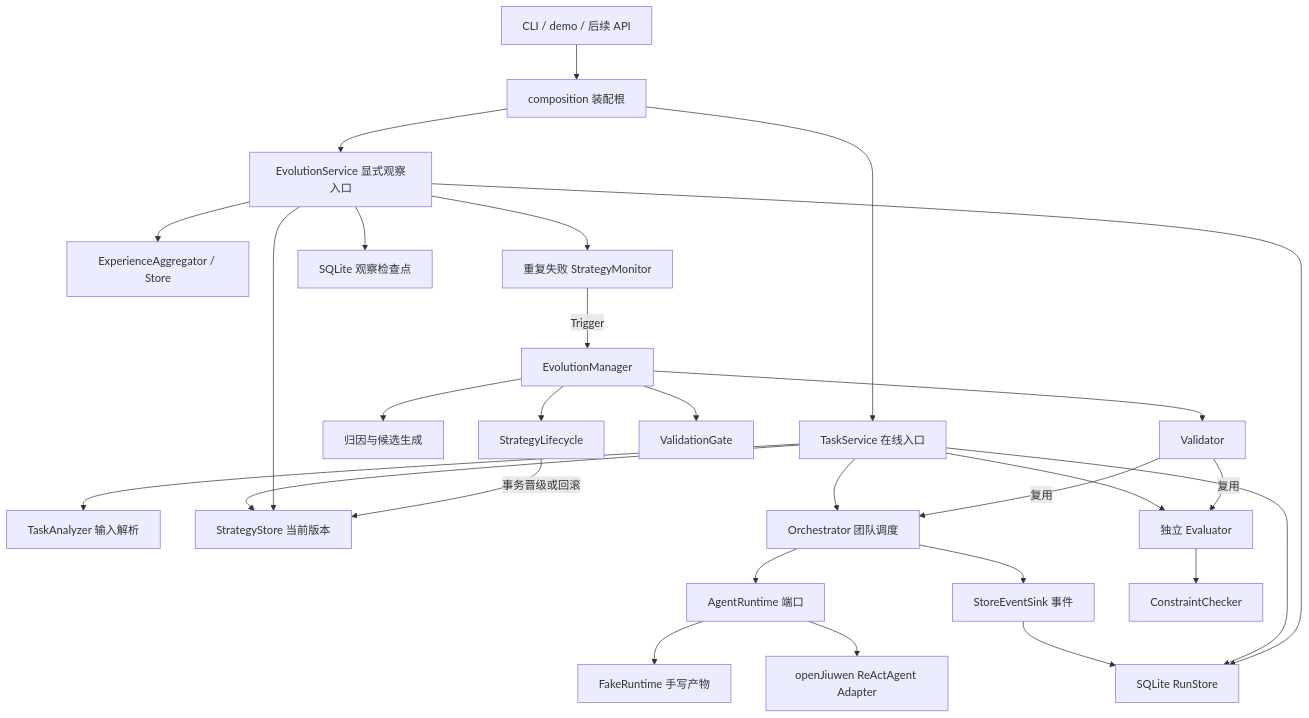
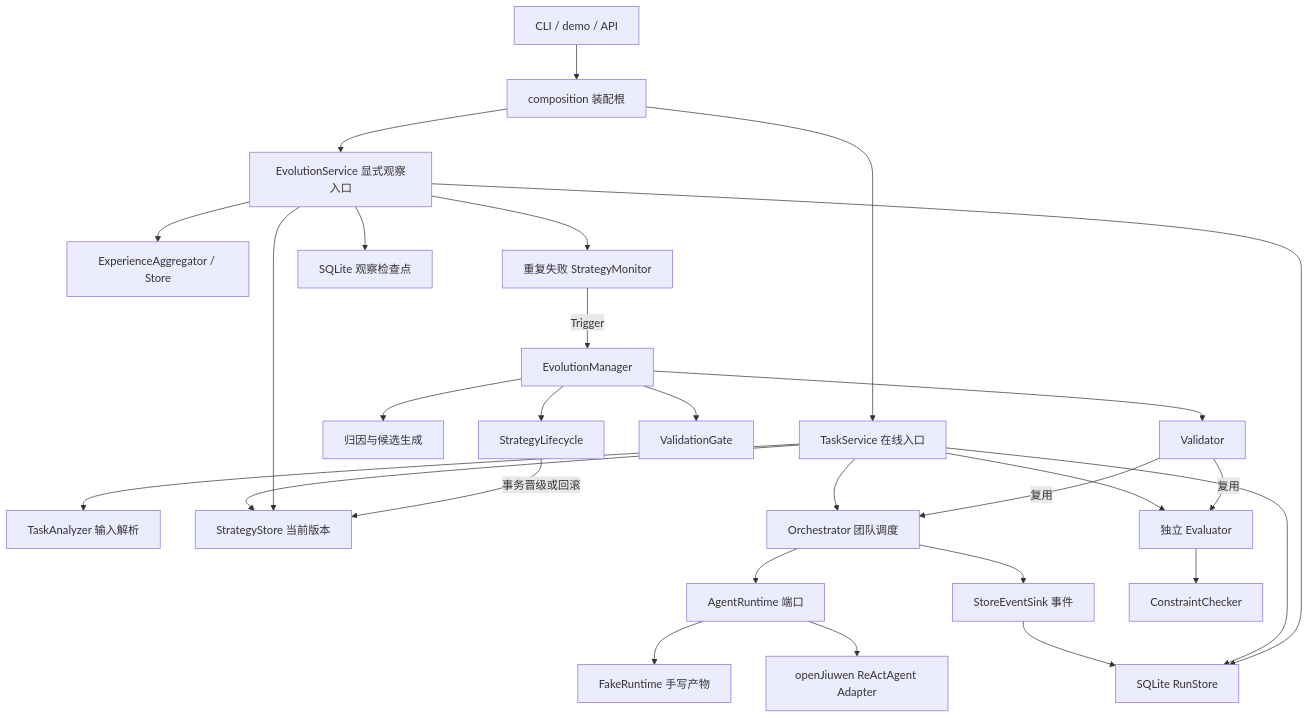
Before and after one commit to Zhong0118/EvoTeam: the first of 2 diagrams in docs/SYSTEM_WALKTHROUGH.md, drawn with Mermaid. The commit also changed other lines of this file and 26 other files, not shown here.

````diff
--- a/docs/SYSTEM_WALKTHROUGH.md
+++ b/docs/SYSTEM_WALKTHROUGH.md
@@ -86,30 +86,30 @@
 ```mermaid
 flowchart TD
-    CLI[CLI / demo / 后续 API] --> Composition[composition 装配根]
+    CLI[CLI / demo / API] --> Composition[composition 装配根]
     Composition --> Online[TaskService 在线入口]
     Composition --> Offline[EvolutionService 显式观察入口]
     Online --> Analyzer[TaskAnalyzer 输入解析]
     Online --> StrategyStore[StrategyStore 当前版本]
     Online --> Orch[Orchestrator 团队调度]
     Orch --> Runtime[AgentRuntime 端口]
     Runtime --> Fake[FakeRuntime 手写产物]
     Runtime --> Jiuwen[openJiuwen ReActAgent Adapter]
     Orch --> Events[StoreEventSink 事件]
     Events --> RunStore[SQLite RunStore]
     Online --> Evaluator[独立 Evaluator]
     Evaluator --> Checker[ConstraintChecker]
     Online --> RunStore
     Offline --> StrategyStore
     Offline --> RunStore
     Offline --> Aggregate[ExperienceAggregator / Store]
     Offline --> Monitor[重复失败 StrategyMonitor]
     Offline --> Checkpoint[SQLite 观察检查点]
     Monitor -->|Trigger| Manager[EvolutionManager]
     Manager --> Attribution[归因与候选生成]
     Manager --> Validator[Validator]
     Validator -->|复用| Orch
     Validator -->|复用| Evaluator
     Manager --> Gate[ValidationGate]
     Manager --> Lifecycle[StrategyLifecycle]
     Lifecycle -->|事务晋级或回滚| StrategyStore
 ```
````
